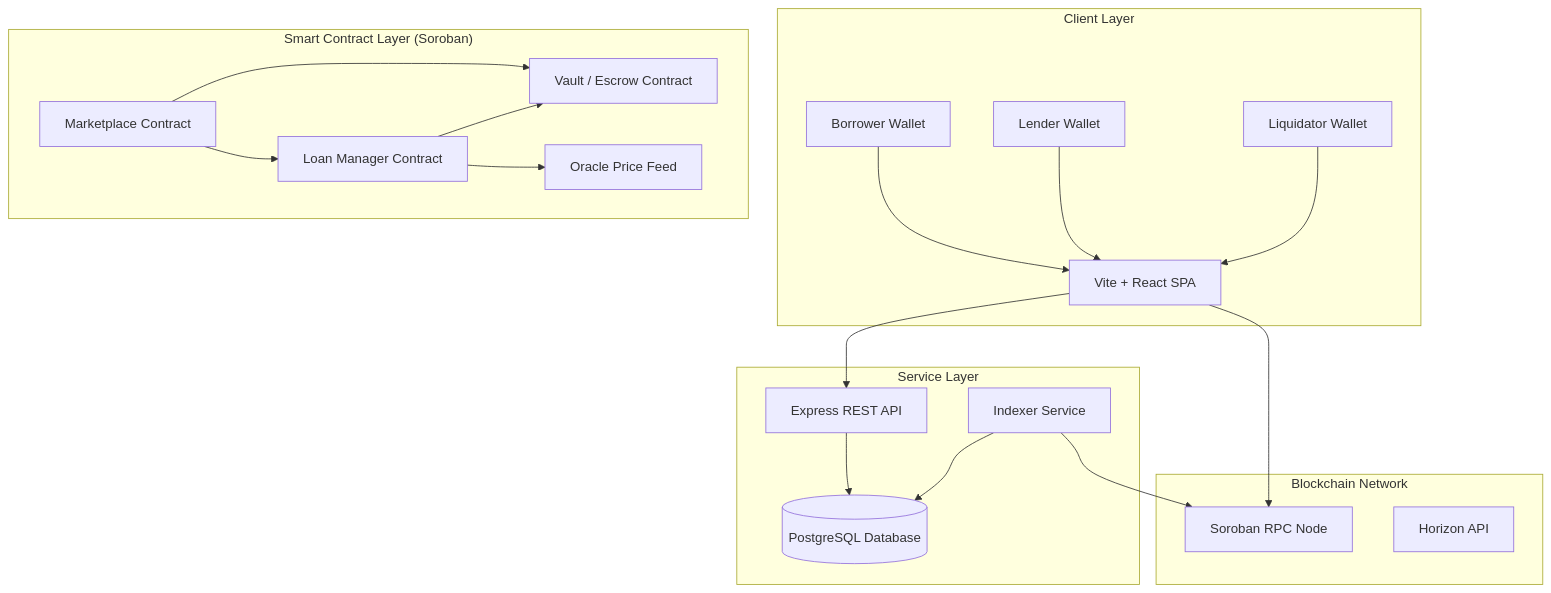
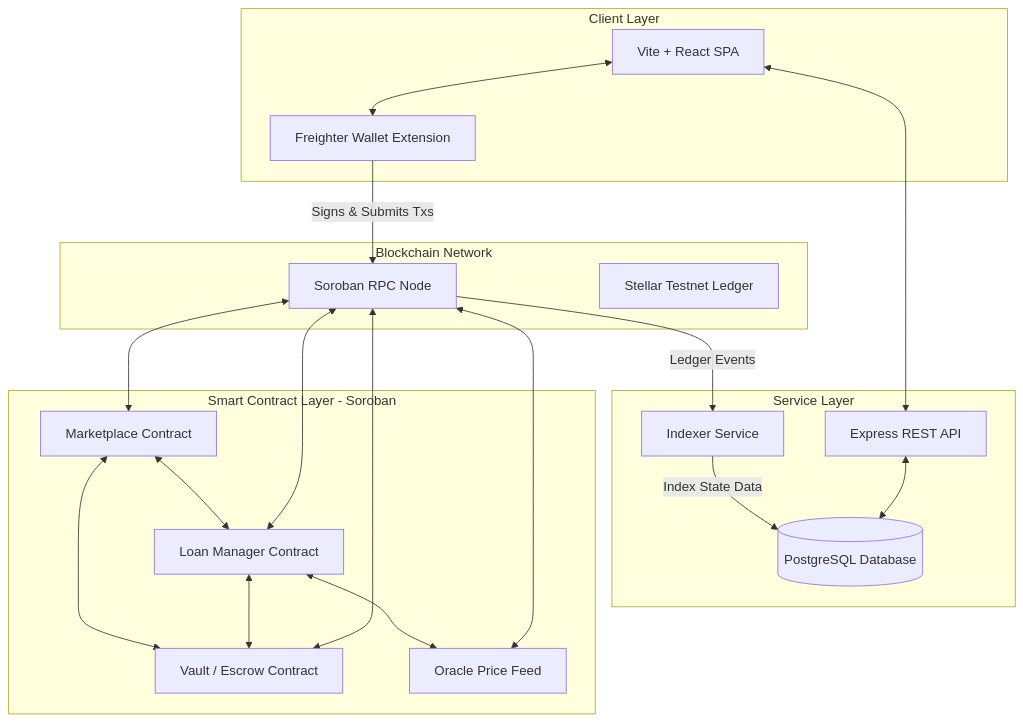
The first of 8 diagrams in README.md (TheAnh1404/NexusLending), drawn with Mermaid before and after one commit. The commit also changed other lines of this file and 55 other files, not shown here.

````diff
--- a/README.md
+++ b/README.md
@@ -45,41 +174,43 @@
 ```mermaid
 graph TB
-    subgraph "Client Layer"
-        Borrower[Borrower Wallet]
-        Lender[Lender Wallet]
-        Liquidator[Liquidator Wallet]
+    subgraph Client [Client Layer]
         UI[Vite + React SPA]
+        FW[Freighter Wallet Extension]
     end
 
-    subgraph "Service Layer"
+    subgraph Service [Service Layer]
         API[Express REST API]
         DB[(PostgreSQL Database)]
         IDX[Indexer Service]
     end
 
-    subgraph "Smart Contract Layer (Soroban)"
+    subgraph Soroban [Smart Contract Layer - Soroban]
         MKT[Marketplace Contract]
         LM[Loan Manager Contract]
         V[Vault / Escrow Contract]
         OR[Oracle Price Feed]
     end
 
-    subgraph "Blockchain Network"
+    subgraph Blockchain [Blockchain Network]
         RPC[Soroban RPC Node]
-        HZ[Horizon API]
+        STELLAR[Stellar Testnet Ledger]
     end
 
-    %% Interactions
-    Borrower & Lender & Liquidator --> UI
-    UI --> API
-    API --> DB
-    IDX --> RPC
-    IDX --> DB
-    UI --> RPC
-    
-    %% Contract Relations
-    MKT --> V
-    MKT --> LM
-    LM --> V
-    LM --> OR
+    %% Client Interactions
+    UI <--> FW
+    UI <--> API
+    FW -- "Signs & Submits Txs" --> RPC
+    RPC -- "Ledger Events" --> IDX
+    IDX -- "Index State Data" --> DB
+    API <--> DB
+
+    %% Smart Contract Interactions
+    MKT <--> V
+    MKT <--> LM
+    LM <--> V
+    LM <--> OR
+    RPC <--> MKT
+    RPC <--> LM
+    RPC <--> V
+    RPC <--> OR
 ```
````
